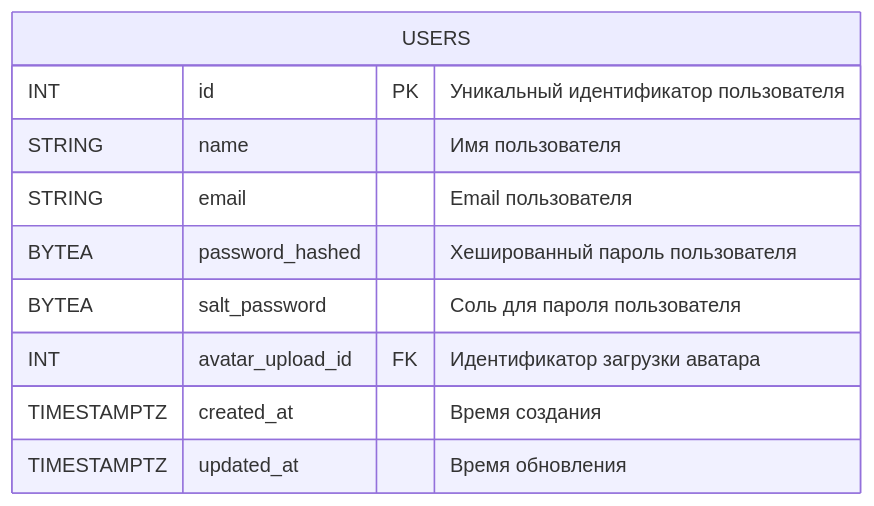
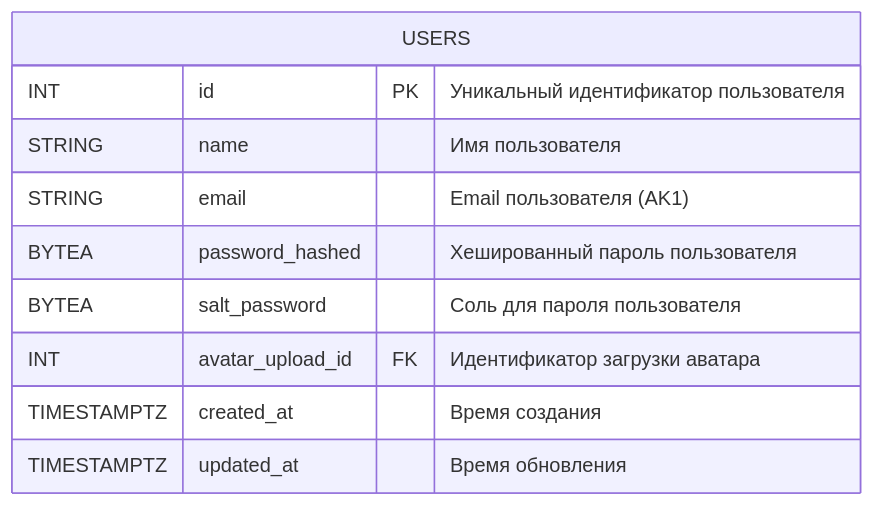
Before and after one commit to go-park-mail-ru/2024_1_Cyberkotletki: diagram 12 of 21 in db/normalized/relations.md, drawn with Mermaid. The commit also changed other lines of this file and 2 other files, not shown here.

````diff
--- a/db/normalized/relations.md
+++ b/db/normalized/relations.md
@@ -181,13 +311,13 @@
 ```mermaid
 erDiagram
     USERS {
         INT id PK "Уникальный идентификатор пользователя"
         STRING name "Имя пользователя"
-        STRING email "Email пользователя"
+        STRING email "Email пользователя (AK1)"
         BYTEA password_hashed "Хешированный пароль пользователя"
         BYTEA salt_password "Соль для пароля пользователя"
         INT avatar_upload_id FK "Идентификатор загрузки аватара"
         TIMESTAMPTZ created_at "Время создания"
         TIMESTAMPTZ updated_at "Время обновления"
     }
 ```
````
